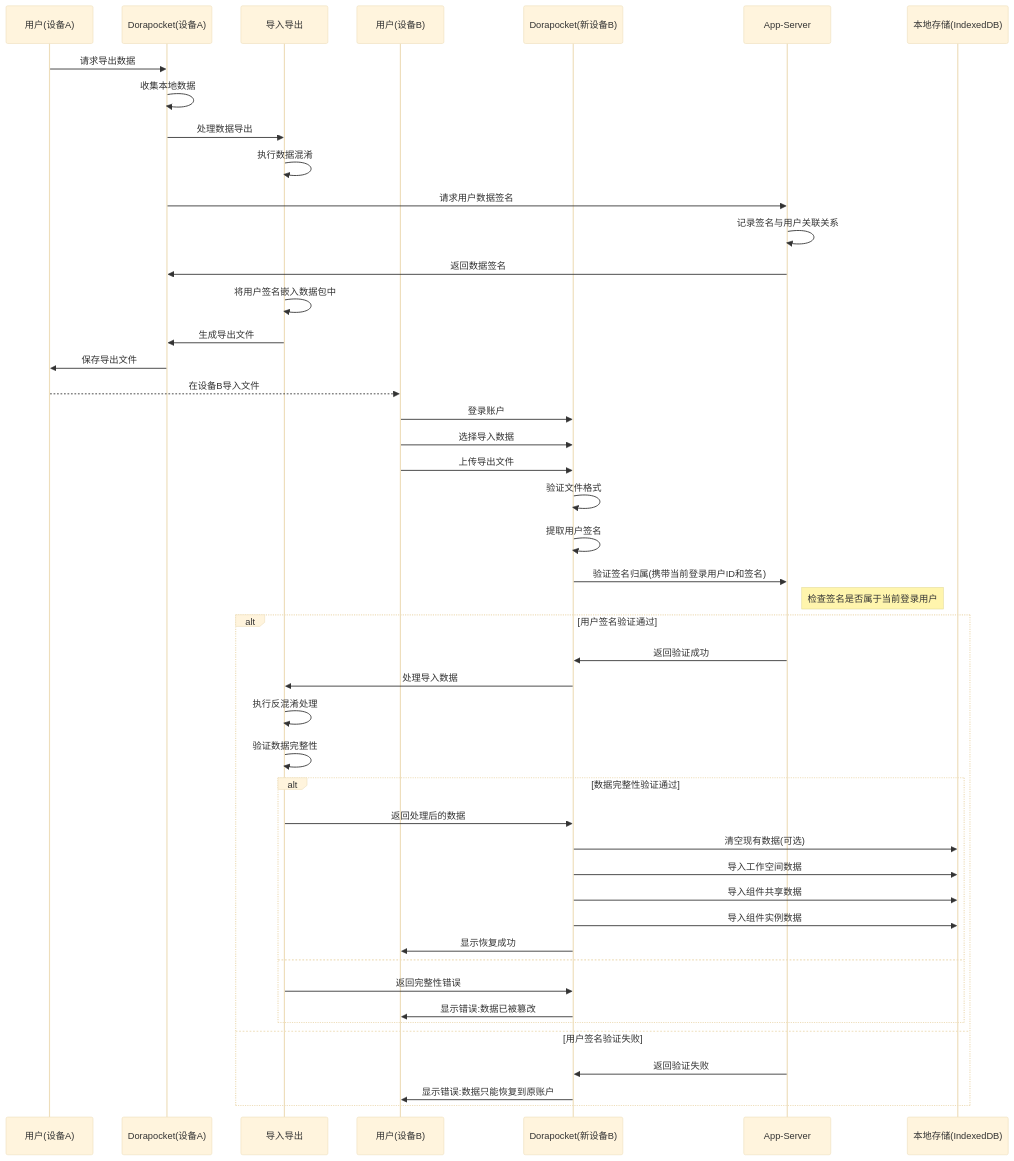
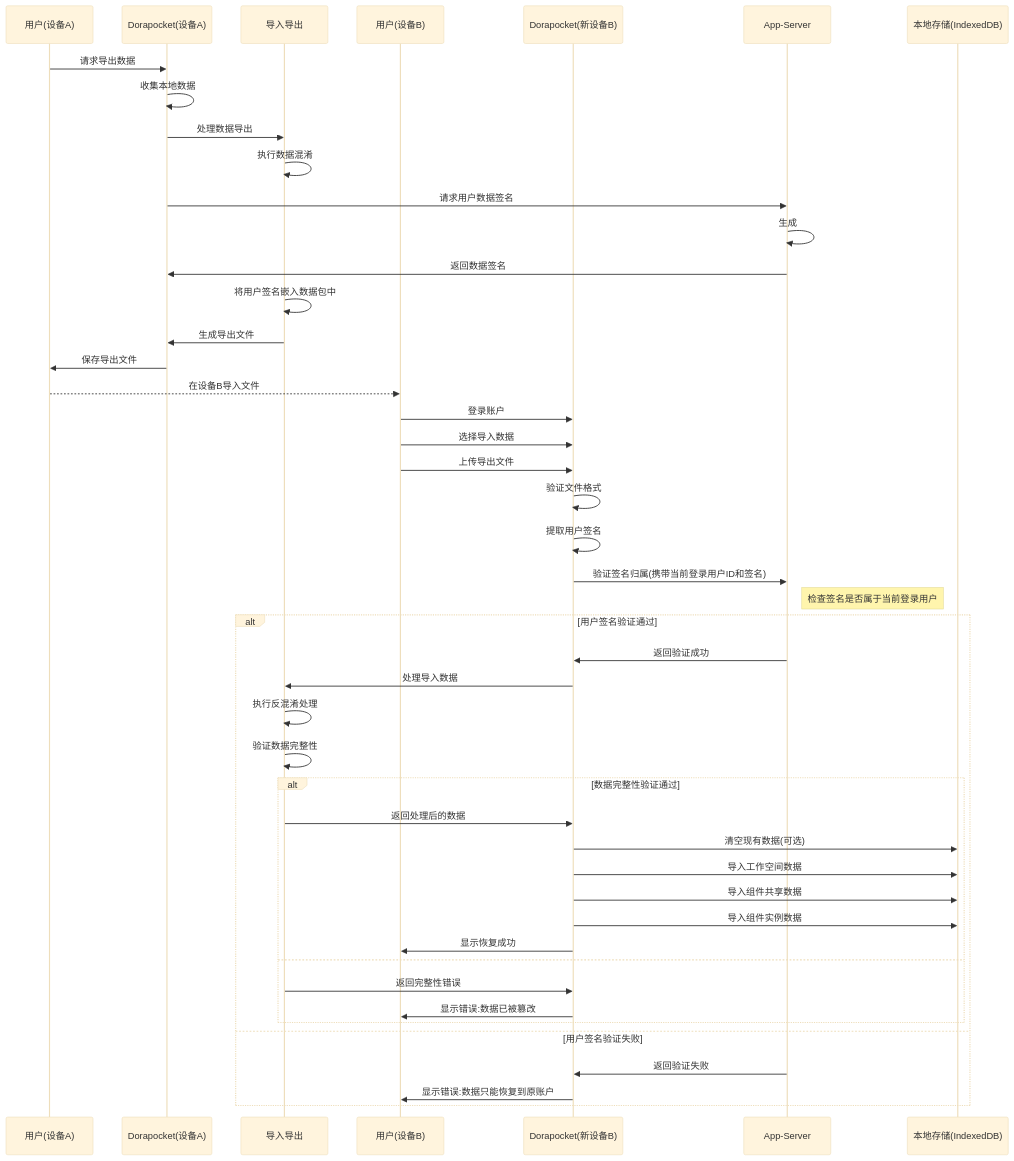
Before and after one commit to yingjianzh/iodraw-files: the diagram in all/未命名-38.md, drawn with Mermaid (base theme).

Commit message:
2025-04-21 14:19:54 update

````diff
--- a/all/未命名-38.md
+++ b/all/未命名-38.md
@@ -1,64 +1,64 @@
 ```mermaid
 sequenceDiagram
     participant UserOld as 用户(设备A)
     participant AppOld as Dorapocket(设备A)
     participant Security as 导入导出
     participant UserNew as 用户(设备B)
     participant AppNew as Dorapocket(新设备B)
     participant AppServer as App-Server
     participant LocalDB as 本地存储(IndexedDB)
     
     %% 导出流程
     UserOld->>AppOld: 请求导出数据
     AppOld->>AppOld: 收集本地数据
     
     AppOld->>Security: 处理数据导出
     Security->>Security: 执行数据混淆
     
     %% 获取用户签名
     AppOld->>AppServer: 请求用户数据签名
-    AppServer->>AppServer: 记录签名与用户关联关系
+    AppServer->>AppServer: 生成
     AppServer->>AppOld: 返回数据签名
     
     Security->>Security: 将用户签名嵌入数据包中
     Security->>AppOld: 生成导出文件
     AppOld->>UserOld: 保存导出文件
     
     %% 传输文件(由用户完成)
     UserOld-->>UserNew: 在设备B导入文件
     
     %% 恢复流程
     UserNew->>AppNew: 登录账户
     UserNew->>AppNew: 选择导入数据
     UserNew->>AppNew: 上传导出文件
     
     AppNew->>AppNew: 验证文件格式
     AppNew->>AppNew: 提取用户签名
     
     %% 验证用户签名
     AppNew->>AppServer: 验证签名归属(携带当前登录用户ID和签名)
     note right of AppServer: 检查签名是否属于当前登录用户
     
     alt 用户签名验证通过
         AppServer->>AppNew: 返回验证成功
         
         AppNew->>Security: 处理导入数据
         Security->>Security: 执行反混淆处理
         Security->>Security: 验证数据完整性
         
         alt 数据完整性验证通过
             Security->>AppNew: 返回处理后的数据
             AppNew->>LocalDB: 清空现有数据(可选)
             AppNew->>LocalDB: 导入工作空间数据
             AppNew->>LocalDB: 导入组件共享数据
             AppNew->>LocalDB: 导入组件实例数据
             AppNew->>UserNew: 显示恢复成功
         else
             Security->>AppNew: 返回完整性错误
             AppNew->>UserNew: 显示错误:数据已被篡改
         end
     else 用户签名验证失败
         AppServer->>AppNew: 返回验证失败
         AppNew->>UserNew: 显示错误:数据只能恢复到原账户
     end
 ```
````
